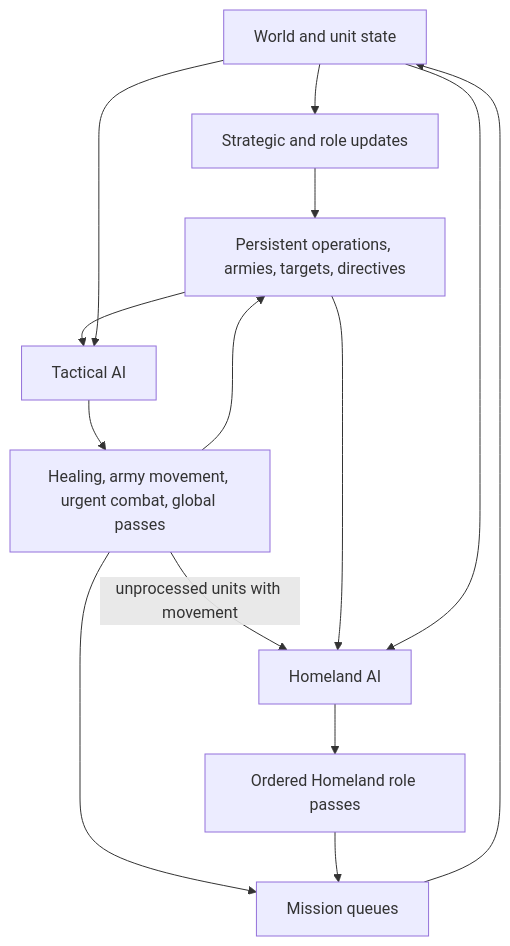
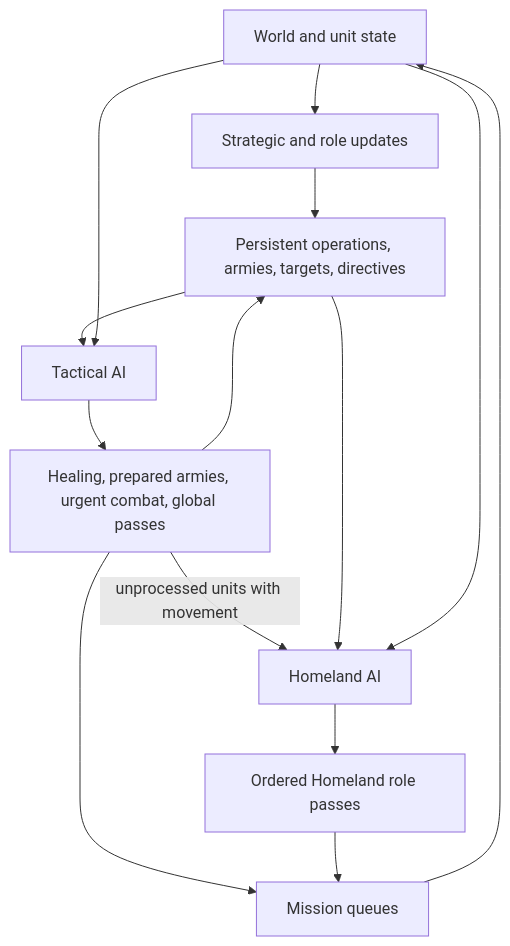
Before and after one commit to vox-deorum/vox-deorum: the diagram in docs/developers/civ5-dll/unit-ai/operations/lifecycle.md, drawn with Mermaid. The commit also changed other lines of this file and 12 other files, not shown here.

````diff
--- a/docs/developers/civ5-dll/unit-ai/operations/lifecycle.md
+++ b/docs/developers/civ5-dll/unit-ai/operations/lifecycle.md
@@ -9,16 +9,16 @@
 ```mermaid
 flowchart TD
     W[World and unit state] --> S[Strategic and role updates]
     S --> O[Persistent operations, armies, targets, directives]
     O --> T[Tactical AI]
     W --> T
-    T --> A[Healing, army movement, urgent combat, global passes]
+    T --> A[Healing, prepared armies, urgent combat, global passes]
     A -->|unprocessed units with movement| H[Homeland AI]
     O --> H
     W --> H
     H --> R[Ordered Homeland role passes]
     A --> M[Mission queues]
     R --> M
     M --> W
     A --> O
 ```
````
